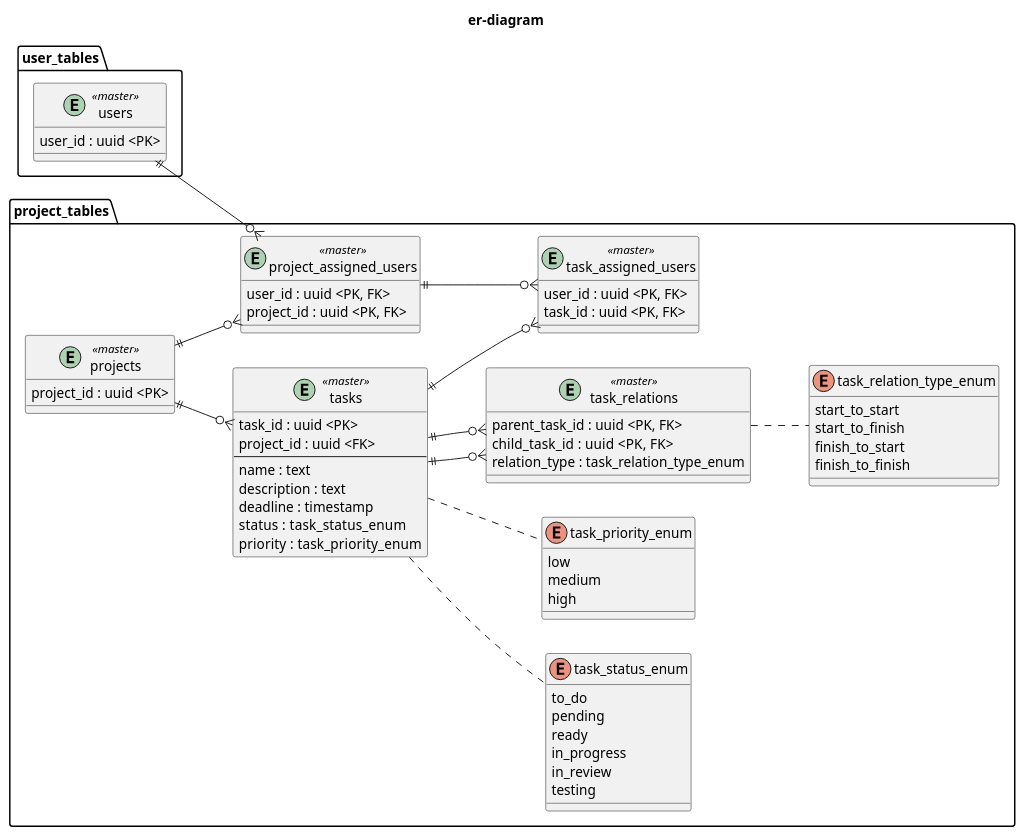
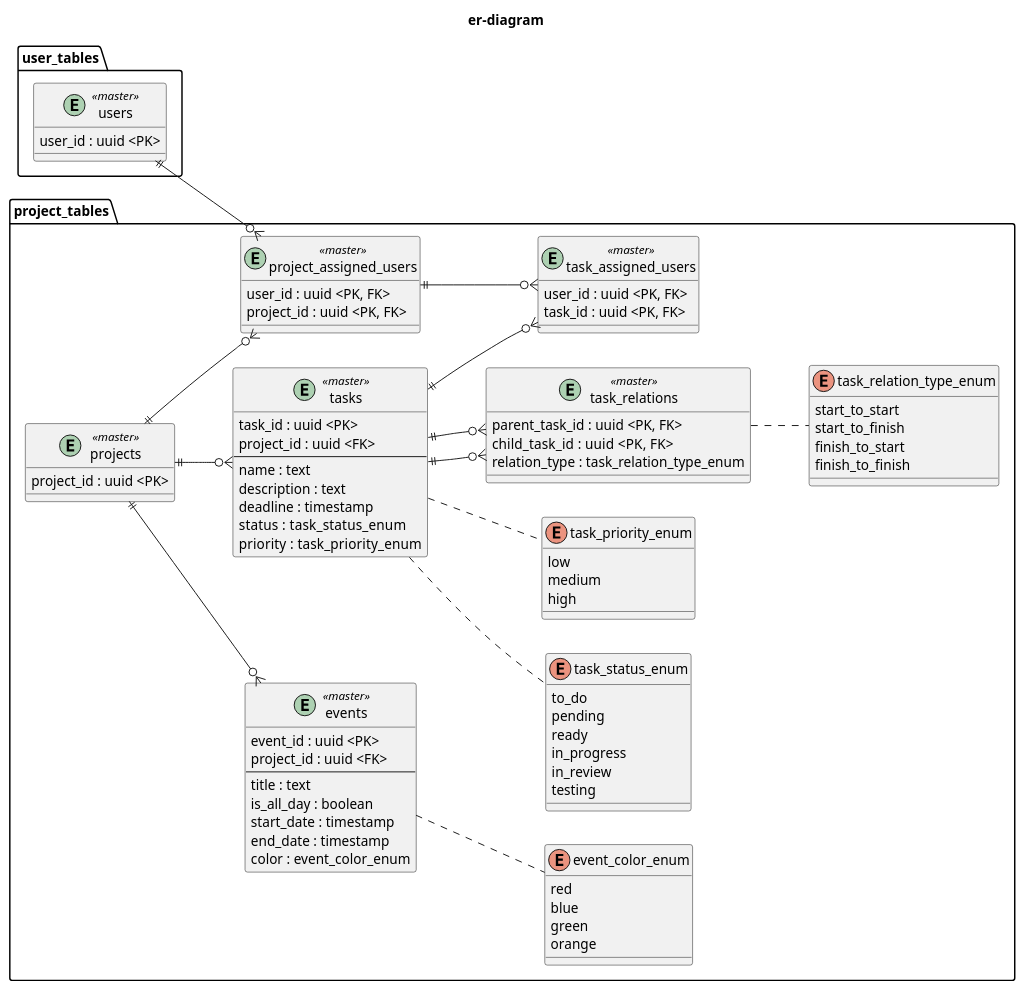
The diagram in doc/backend/er-diagram/er-diagram.pu (KaungSetLinn/FlowMatic), drawn with PlantUML before and after one commit.

Commit message:
add: イベントをER図に追加

```diff
--- a/doc/backend/er-diagram/er-diagram.pu
+++ b/doc/backend/er-diagram/er-diagram.pu
@@ -1,73 +1,91 @@
 @startuml er-diagram
 
 left to right direction
 
 title er-diagram
 
 package user_tables {
     entity users <<master>>{
         user_id : uuid <PK>
     }
 }
 
 package project_tables {
     entity projects <<master>>{
         project_id : uuid <PK>
     }
     entity project_assigned_users <<master>>{
         user_id : uuid <PK, FK>
         project_id : uuid <PK, FK>
     }
     entity tasks <<master>>{
         task_id : uuid <PK>
         project_id : uuid <FK>
         ---
         name : text
         description : text
         deadline : timestamp
         status :  task_status_enum
         priority :  task_priority_enum
     }
     enum  task_status_enum {
         to_do
         pending
         ready
         in_progress
         in_review
         testing
     }
     enum  task_priority_enum {
         low
         medium
         high
     }
     entity task_assigned_users <<master>>{
         user_id : uuid <PK, FK>
         task_id : uuid <PK, FK>
     }
     entity task_relations <<master>>{
         parent_task_id : uuid <PK, FK>
         child_task_id  : uuid <PK, FK>
         relation_type : task_relation_type_enum
     }
     enum task_relation_type_enum {
         start_to_start
         start_to_finish
         finish_to_start
         finish_to_finish
     }
+    entity events <<master>>{
+        event_id : uuid <PK>
+        project_id : uuid <FK>
+        ---
+        title : text
+        is_all_day : boolean
+        start_date : timestamp
+        end_date : timestamp
+        color : event_color_enum
+    }
+    enum event_color_enum {
+        red
+        blue
+        green
+        orange
+    }
 
     projects ||--o{ project_assigned_users
     project_assigned_users ||--o{ task_assigned_users
     projects ||--o{ tasks
     tasks ||--o{ task_relations
     tasks ||--o{ task_relations
     task_relations .. task_relation_type_enum
     tasks ..  task_priority_enum
     tasks ..  task_status_enum
     tasks ||--o{ task_assigned_users
+    projects ||--o{ events
+    events .. event_color_enum
 }
 
 users ||--o{ project_assigned_users
 
 @enduml
```
